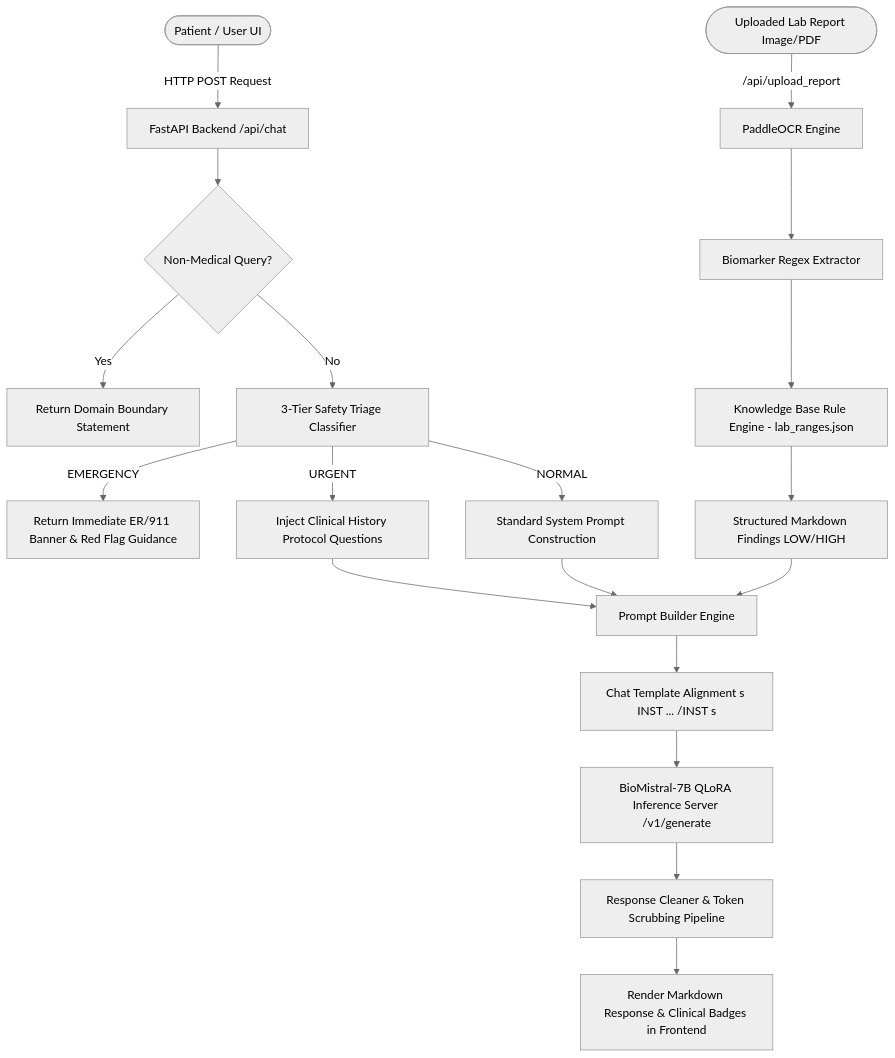
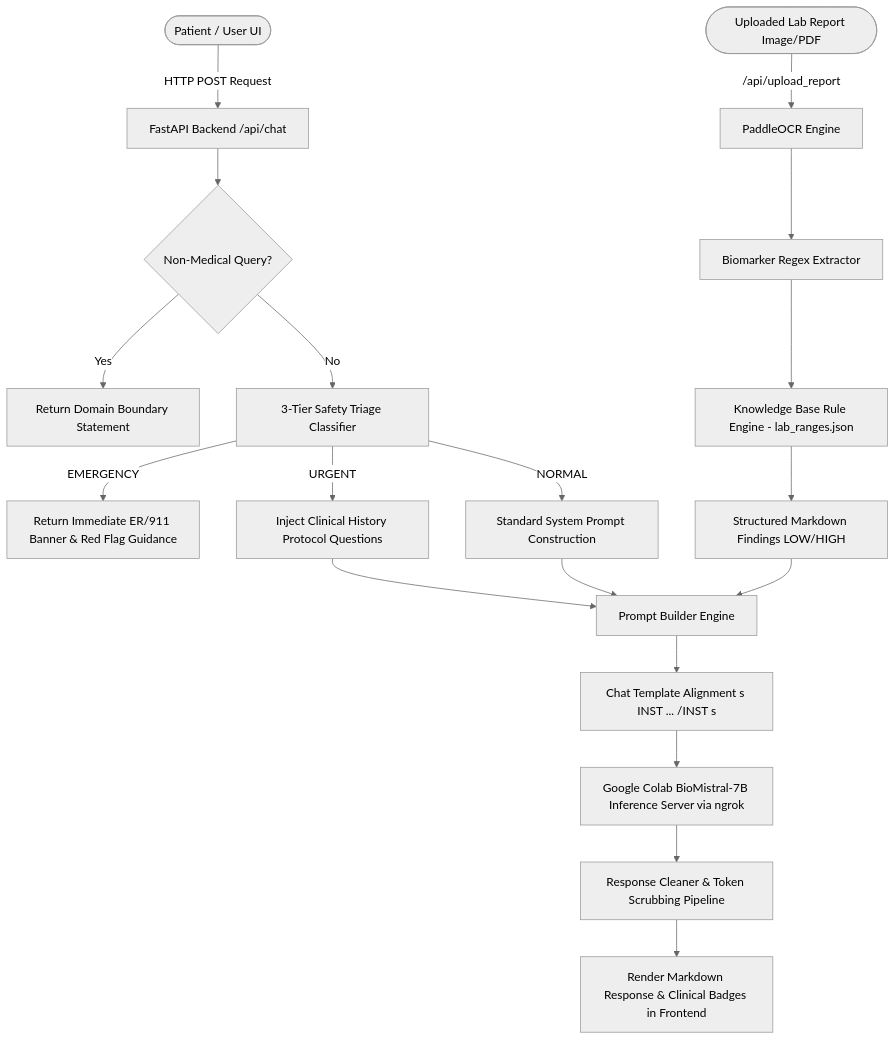
The first of 5 diagrams in README.md (VaibhavK762/ai-telemedicine-chatbot), drawn with Mermaid (neutral theme) before and after one commit. The commit also changed other lines of this file, not shown here.

````diff
--- a/README.md
+++ b/README.md
@@ -33,25 +33,25 @@
 ```mermaid
 graph TD
     User([Patient / User UI]) -->|HTTP POST Request| API[FastAPI Backend /api/chat]
     API --> Boundary{Non-Medical Query?}
     Boundary -->|Yes| DomainResp[Return Domain Boundary Statement]
     Boundary -->|No| Safety[3-Tier Safety Triage Classifier]
     
     Safety -->|EMERGENCY| ERBanner[Return Immediate ER/911 Banner & Red Flag Guidance]
     Safety -->|URGENT| DynamicQuestions[Inject Clinical History Protocol Questions]
     Safety -->|NORMAL| StandardPrompt[Standard System Prompt Construction]
     
     DynamicQuestions --> PromptBuild[Prompt Builder Engine]
     StandardPrompt --> PromptBuild
     
     UserUpload([Uploaded Lab Report Image/PDF]) -->|/api/upload_report| OCR[PaddleOCR Engine]
     OCR --> Regex[Biomarker Regex Extractor]
     Regex --> KB[Knowledge Base Rule Engine - lab_ranges.json]
     KB --> LabContext[Structured Markdown Findings LOW/HIGH]
     LabContext --> PromptBuild
     
     PromptBuild --> TokenFormat[Chat Template Alignment s INST ... /INST s]
-    TokenFormat --> LLM[BioMistral-7B QLoRA Inference Server /v1/generate]
+    TokenFormat --> LLM[Google Colab BioMistral-7B Inference Server via ngrok]
     LLM --> Cleaner[Response Cleaner & Token Scrubbing Pipeline]
     Cleaner --> UI[Render Markdown Response & Clinical Badges in Frontend]
 ```
````
